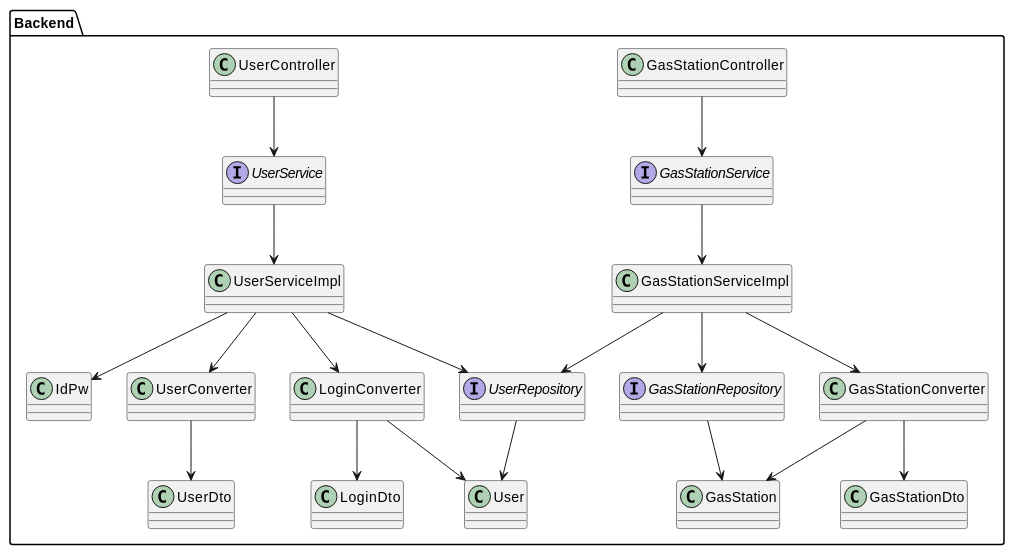
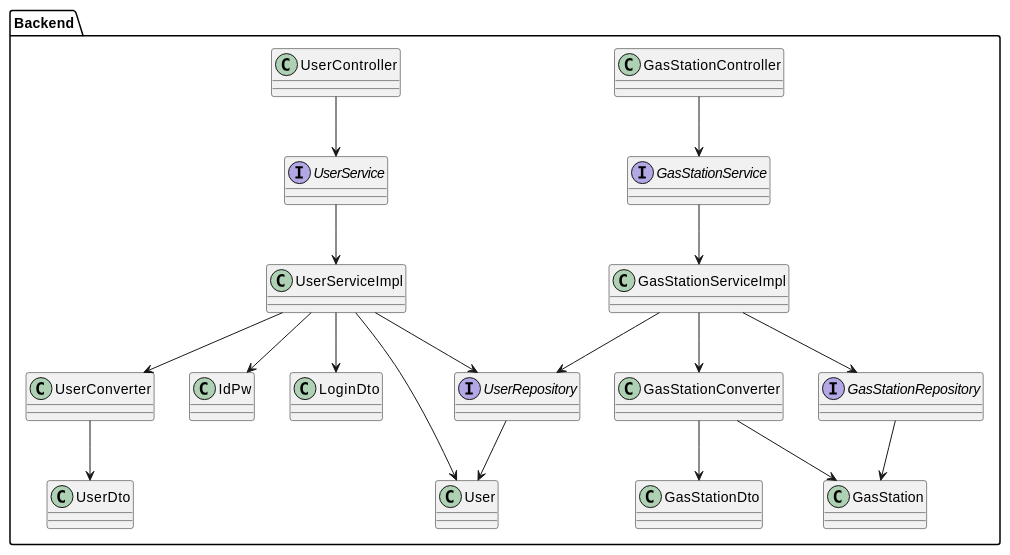
Before and after one commit to MattiaRiola/ezgas: the diagram in docs/IntegrationApiTestReport.md, drawn with PlantUML. The commit also changed other lines of this file and 2 other files, not shown here.

Commit message:
docs: Adding codeCoverage screenshot in UnitTestReport and minor fixes on ApiTestReport

````diff
--- a/docs/IntegrationApiTestReport.md
+++ b/docs/IntegrationApiTestReport.md
@@ -26,31 +26,31 @@
 ```plantuml
 @startuml
 package "Backend" 
 {
 interface "GasStationRepository"
 interface "UserRepository"
 interface "GasStationService"
 interface "UserService"
 GasStationController -down-> GasStationService
 UserController -down-> UserService
 GasStationService -down-> GasStationServiceImpl
 UserService -down-> UserServiceImpl
 GasStationServiceImpl-down-> GasStationConverter
 GasStationServiceImpl-down->  GasStationRepository
 GasStationServiceImpl-down-> UserRepository
 GasStationConverter-down-> GasStationDto
 GasStationConverter-down-> GasStation
 GasStationRepository-down->  GasStation
-UserServiceImpl-down-> LoginConverter
+UserServiceImpl-down-> LoginDto
+UserServiceImpl-down-> User
 UserServiceImpl-down->UserRepository
 UserServiceImpl-down->UserConverter
 UserServiceImpl-down->IdPw
-LoginConverter-down->LoginDto
-LoginConverter-down->User
+
 UserRepository-down->User
 UserConverter-down->UserDto
 }
 
 @enduml
 
 ```
````
